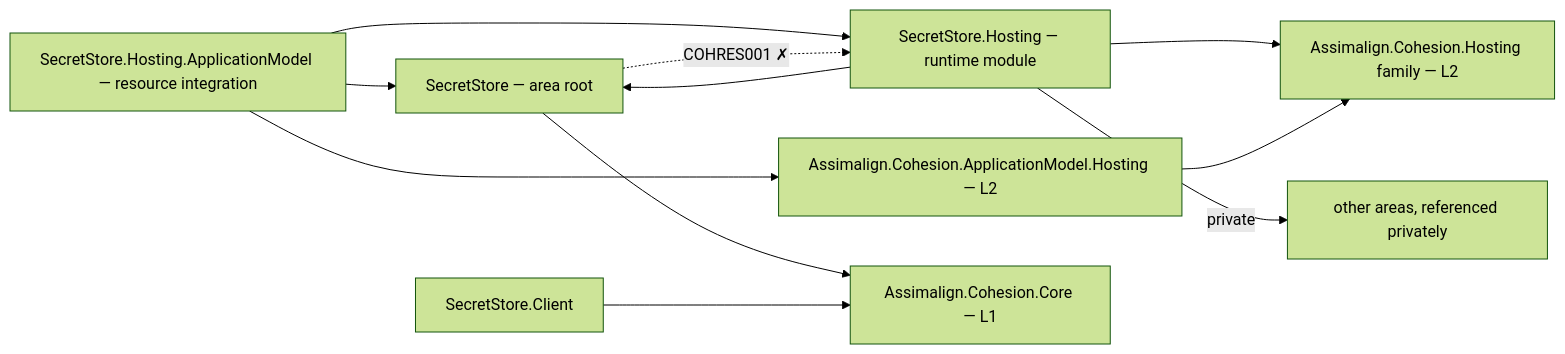
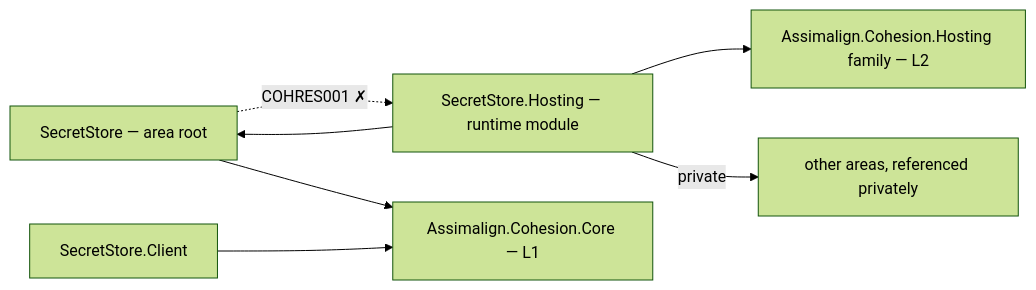
The diagram in resources/SecretStore/README.md (assimalign/cohesion), drawn with Mermaid (forest theme) before and after one commit. The commit also changed other lines of this file and 141 other files, not shown here.

First line of the commit message:
docs(application-model): remove the old model from rules and docs

````diff
--- a/resources/SecretStore/README.md
+++ b/resources/SecretStore/README.md
@@ -10,21 +10,15 @@
 ```mermaid
 flowchart LR
     P0["SecretStore — area root"]
     P2["SecretStore.Client"]
     P3["SecretStore.Hosting — runtime module"]
-    PAM["SecretStore.Hosting.ApplicationModel — resource integration"]
-    AMH["Assimalign.Cohesion.ApplicationModel.Hosting — L2"]
     CORE["Assimalign.Cohesion.Core — L1"]
     HOSTFAM["Assimalign.Cohesion.Hosting family — L2"]
     PRIV["other areas, referenced privately"]
     P0 --> CORE
     P2 --> CORE
     P3 --> HOSTFAM
     P3 --> P0
     P3 -->|"private"| PRIV
-    PAM --> P3
-    PAM --> P0
-    PAM --> AMH
-    AMH --> HOSTFAM
     P0 -.->|"COHRES001 ✗"| P3
 ```
````
